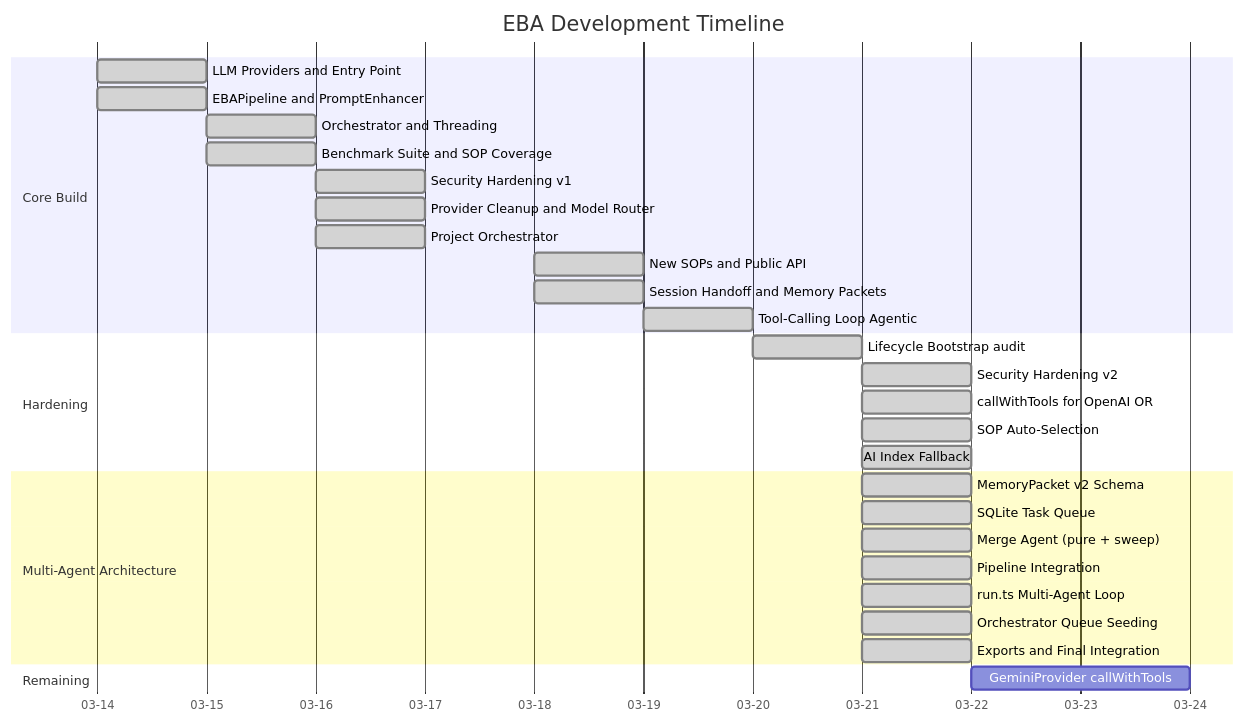
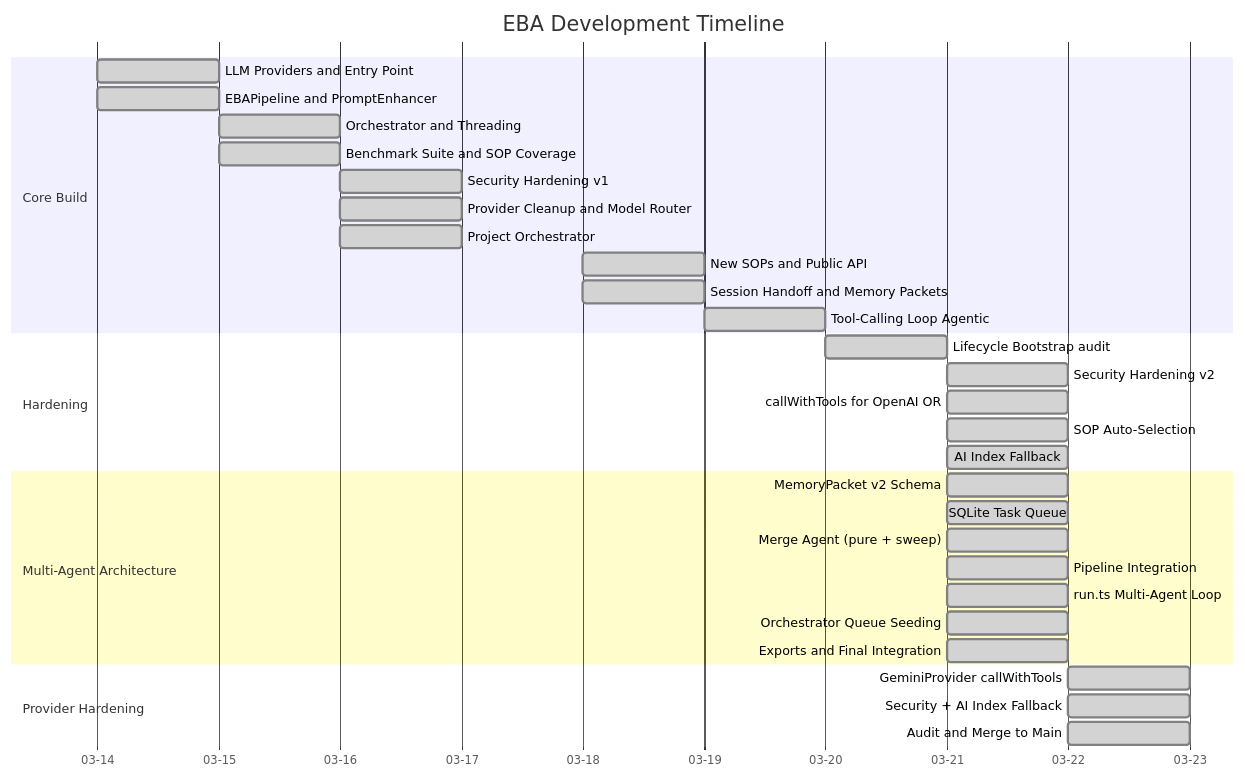
Before and after one commit to Cameron-Fulton/eba: the third of 3 diagrams in lifecycle/project-summary.md, drawn with Mermaid. The commit also changed other lines of this file and 3 other files, not shown here.

Commit message:
chore: /harden provider-hardening — review complete, solutions extracted, gantt updated

````diff
--- a/lifecycle/project-summary.md
+++ b/lifecycle/project-summary.md
@@ -232,37 +232,39 @@
 ```mermaid
 gantt
     title EBA Development Timeline
     dateFormat YYYY-MM-DD
     axisFormat %m-%d
 
     section Core Build
     LLM Providers and Entry Point      :done, p1a, 2026-03-14, 1d
     EBAPipeline and PromptEnhancer     :done, p1b, 2026-03-14, 1d
     Orchestrator and Threading         :done, p1c, 2026-03-15, 1d
     Benchmark Suite and SOP Coverage   :done, p2a, 2026-03-15, 1d
     Security Hardening v1              :done, p2b, 2026-03-16, 1d
     Provider Cleanup and Model Router  :done, p2c, 2026-03-16, 1d
     Project Orchestrator               :done, p2d, 2026-03-16, 1d
     New SOPs and Public API            :done, p3a, 2026-03-18, 1d
     Session Handoff and Memory Packets :done, p3b, 2026-03-18, 1d
     Tool-Calling Loop Agentic          :done, p4a, 2026-03-19, 1d
 
     section Hardening
     Lifecycle Bootstrap audit          :done, h1, 2026-03-20, 1d
     Security Hardening v2              :done, h2, 2026-03-21, 1d
     callWithTools for OpenAI OR        :done, h3, 2026-03-21, 1d
     SOP Auto-Selection                 :done, h4, 2026-03-21, 1d
     AI Index Fallback                  :done, h5, 2026-03-21, 1d
 
     section Multi-Agent Architecture
     MemoryPacket v2 Schema             :done, ma1, 2026-03-21, 1d
     SQLite Task Queue                  :done, ma2, 2026-03-21, 1d
     Merge Agent (pure + sweep)         :done, ma3, 2026-03-21, 1d
     Pipeline Integration               :done, ma4, 2026-03-21, 1d
     run.ts Multi-Agent Loop            :done, ma5, 2026-03-21, 1d
     Orchestrator Queue Seeding         :done, ma6, 2026-03-21, 1d
     Exports and Final Integration      :done, ma7, 2026-03-21, 1d
 
-    section Remaining
-    GeminiProvider callWithTools       :r3, after ma7, 2d
+    section Provider Hardening
+    GeminiProvider callWithTools       :done, ph1, 2026-03-22, 1d
+    Security + AI Index Fallback       :done, ph2, 2026-03-22, 1d
+    Audit and Merge to Main            :done, ph3, 2026-03-22, 1d
 ```
````
